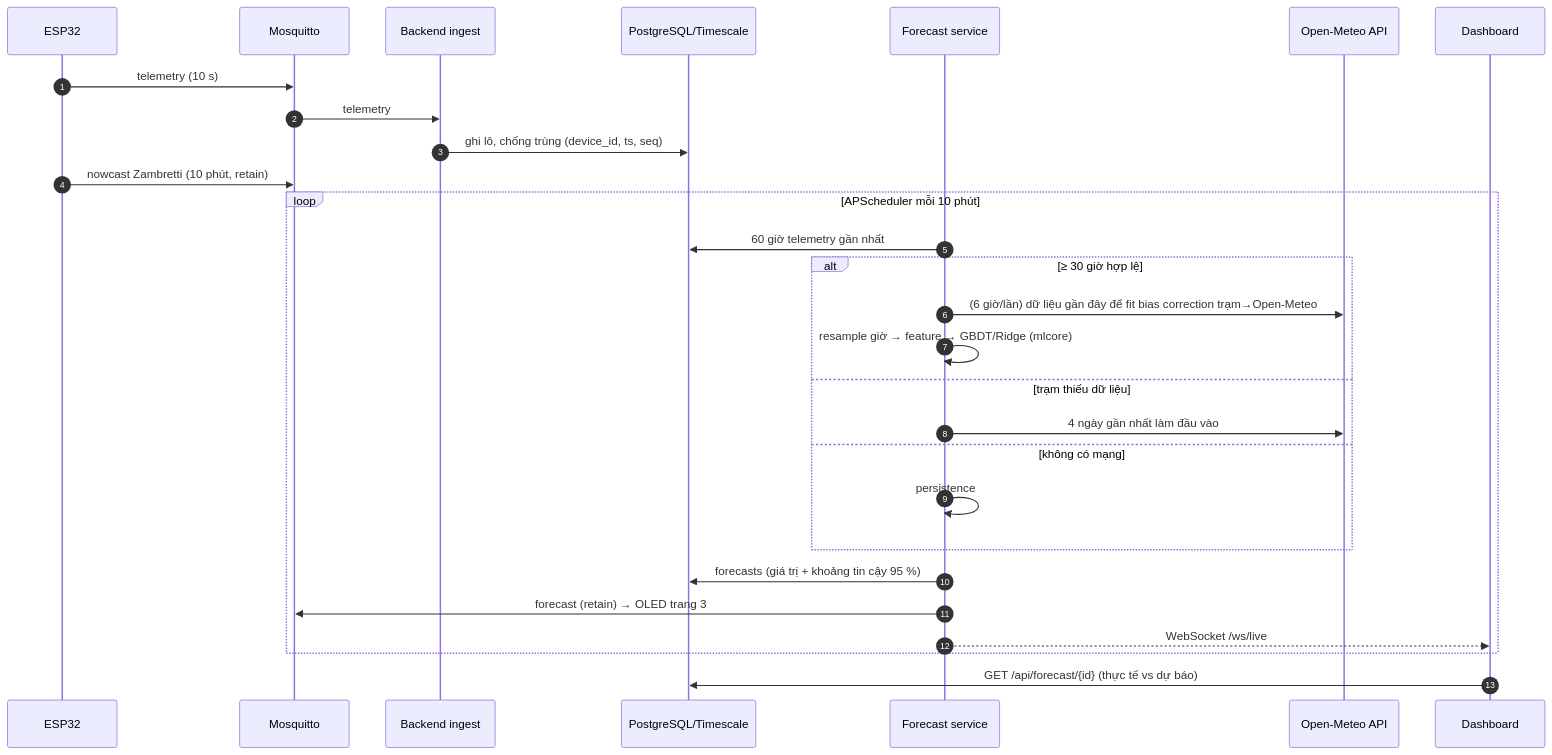
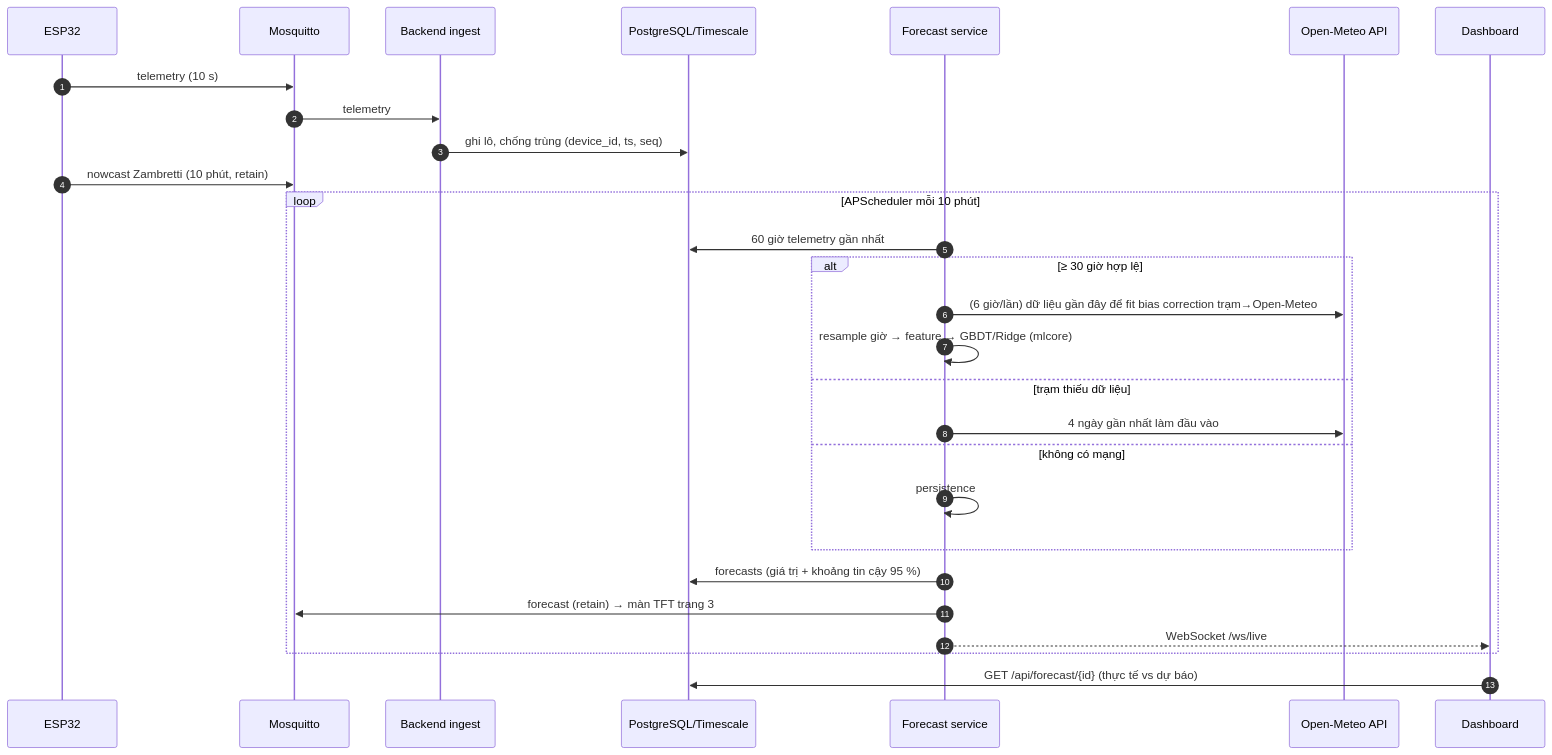
The second of 3 diagrams in docs/architecture/sequences.md (danhle396/pythonnhung), drawn with Mermaid before and after one commit. The commit also changed 47 other files, not shown here.

First line of the commit message:
Trạm thật: màn TFT ST7735, dọn dữ liệu giả lập, tình trạng cảm biến

````diff
--- a/docs/architecture/sequences.md
+++ b/docs/architecture/sequences.md
@@ -48,31 +48,31 @@
 ```mermaid
 sequenceDiagram
     autonumber
     participant E as ESP32
     participant B as Mosquitto
     participant I as Backend ingest
     participant DB as PostgreSQL/Timescale
     participant F as Forecast service
     participant OM as Open-Meteo API
     participant D as Dashboard
 
     E->>B: telemetry (10 s)
     B->>I: telemetry
     I->>DB: ghi lô, chống trùng (device_id, ts, seq)
     E->>B: nowcast Zambretti (10 phút, retain)
     loop APScheduler mỗi 10 phút
         F->>DB: 60 giờ telemetry gần nhất
         alt ≥ 30 giờ hợp lệ
             F->>OM: (6 giờ/lần) dữ liệu gần đây để fit bias correction trạm→Open-Meteo
             F->>F: resample giờ → feature → GBDT/Ridge (mlcore)
         else trạm thiếu dữ liệu
             F->>OM: 4 ngày gần nhất làm đầu vào
         else không có mạng
             F->>F: persistence
         end
         F->>DB: forecasts (giá trị + khoảng tin cậy 95 %)
-        F->>B: forecast (retain) → OLED trang 3
+        F->>B: forecast (retain) → màn TFT trang 3
         F-->>D: WebSocket /ws/live
     end
     D->>DB: GET /api/forecast/{id} (thực tế vs dự báo)
 ```
````
